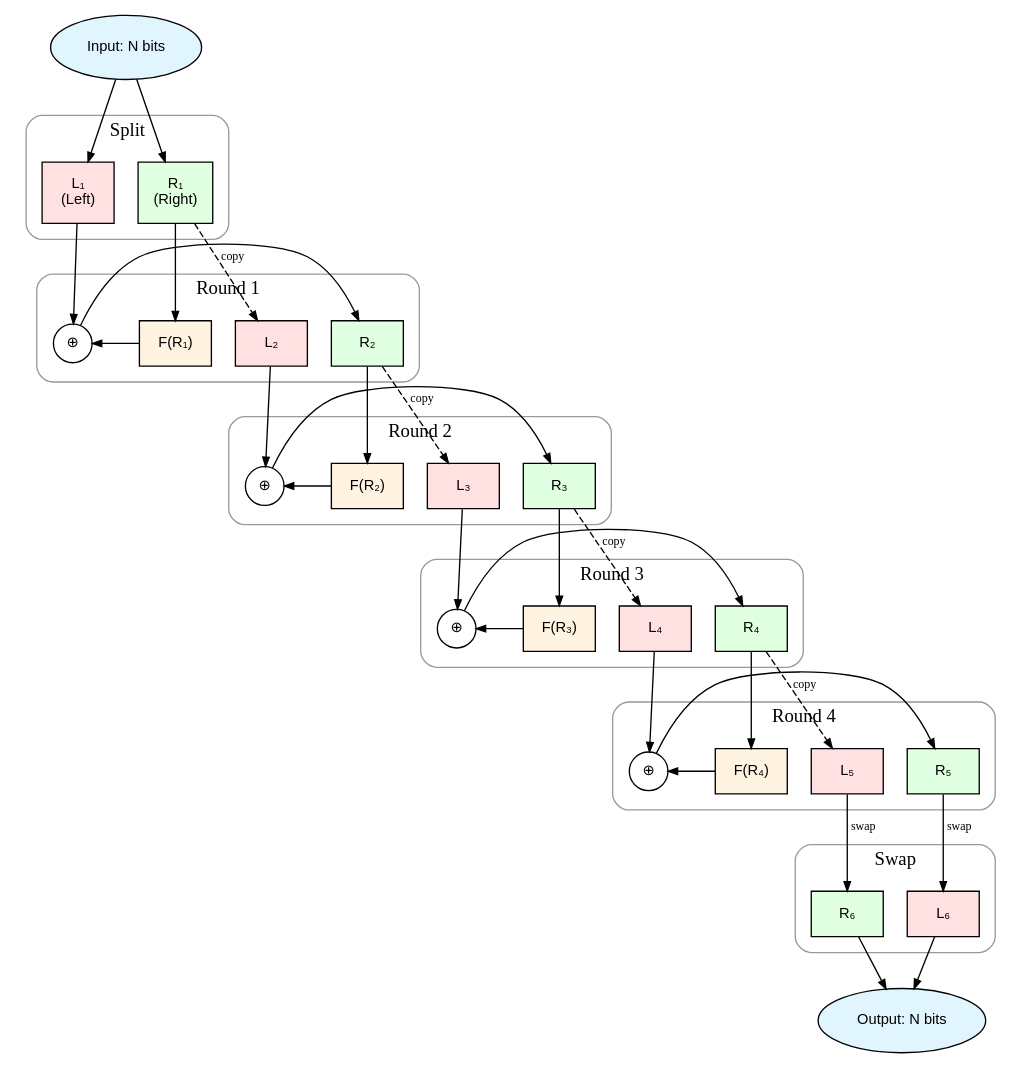
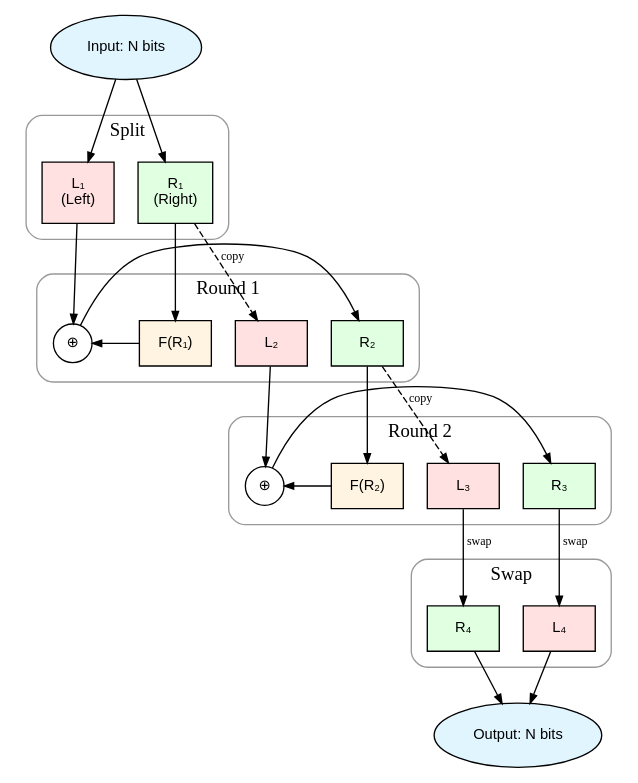
The diagram in assets/feistel-diagram.dot (devall-org/feistel_cipher), drawn with Graphviz before and after one commit. The commit also changed 4 other files, not shown here.

Commit message:
Simplify diagram from 4 rounds to 2 rounds

```diff
--- a/assets/feistel-diagram.dot
+++ b/assets/feistel-diagram.dot
@@ -1,124 +1,84 @@
 digraph feistel {
     rankdir=TB;
     node [shape=box, style=filled, fontname="Arial", fontsize=11, margin=0.15, height=0.4];
     edge [arrowsize=0.7];
     
     // Input
     input [label="Input: N bits", fillcolor="#e1f5ff", shape=ellipse];
     
     // Split
     subgraph cluster_0 {
         label="Split";
         style=rounded;
         color="#999999";
         margin=12;
         L1 [label="L₁\n(Left)", fillcolor="#ffe1e1"];
         R1 [label="R₁\n(Right)", fillcolor="#e1ffe1"];
         {rank=same; L1; R1;}
     }
     
     // Round 1
     subgraph cluster_1 {
         label="Round 1";
         style=rounded;
         color="#999999";
         margin=12;
         L2 [label="L₂", fillcolor="#ffe1e1"];
         F1 [label="F(R₁)", fillcolor="#fff4e1"];
         XOR1 [label="⊕", fillcolor="white", shape=circle, width=0.4, fixedsize=true];
         R2 [label="R₂", fillcolor="#e1ffe1"];
         {rank=same; L2; F1; XOR1; R2;}
     }
     
     // Round 2
     subgraph cluster_2 {
         label="Round 2";
         style=rounded;
         color="#999999";
         margin=12;
         L3 [label="L₃", fillcolor="#ffe1e1"];
         F2 [label="F(R₂)", fillcolor="#fff4e1"];
         XOR2 [label="⊕", fillcolor="white", shape=circle, width=0.4, fixedsize=true];
         R3 [label="R₃", fillcolor="#e1ffe1"];
         {rank=same; L3; F2; XOR2; R3;}
     }
     
-    // Round 3
+    // Swap
     subgraph cluster_3 {
-        label="Round 3";
+        label="Swap";
         style=rounded;
         color="#999999";
         margin=12;
         L4 [label="L₄", fillcolor="#ffe1e1"];
-        F3 [label="F(R₃)", fillcolor="#fff4e1"];
-        XOR3 [label="⊕", fillcolor="white", shape=circle, width=0.4, fixedsize=true];
         R4 [label="R₄", fillcolor="#e1ffe1"];
-        {rank=same; L4; F3; XOR3; R4;}
-    }
-    
-    // Round 4
-    subgraph cluster_4 {
-        label="Round 4";
-        style=rounded;
-        color="#999999";
-        margin=12;
-        L5 [label="L₅", fillcolor="#ffe1e1"];
-        F4 [label="F(R₄)", fillcolor="#fff4e1"];
-        XOR4 [label="⊕", fillcolor="white", shape=circle, width=0.4, fixedsize=true];
-        R5 [label="R₅", fillcolor="#e1ffe1"];
-        {rank=same; L5; F4; XOR4; R5;}
-    }
-    
-    // Swap
-    subgraph cluster_5 {
-        label="Swap";
-        style=rounded;
-        color="#999999";
-        margin=12;
-        L6 [label="L₆", fillcolor="#ffe1e1"];
-        R6 [label="R₆", fillcolor="#e1ffe1"];
-        {rank=same; L6; R6;}
+        {rank=same; L4; R4;}
     }
     
     // Output
     output [label="Output: N bits", fillcolor="#e1f5ff", shape=ellipse];
     
     // Connections
     input -> L1 [weight=2];
     input -> R1 [weight=2];
     
     // Round 1
     L1 -> XOR1;
     R1 -> F1;
     R1 -> L2 [style=dashed, label="copy", fontsize=9];
     F1 -> XOR1;
     XOR1 -> R2;
     
     // Round 2
     L2 -> XOR2;
     R2 -> F2;
     R2 -> L3 [style=dashed, label="copy", fontsize=9];
     F2 -> XOR2;
     XOR2 -> R3;
     
-    // Round 3
-    L3 -> XOR3;
-    R3 -> F3;
-    R3 -> L4 [style=dashed, label="copy", fontsize=9];
-    F3 -> XOR3;
-    XOR3 -> R4;
+    // Swap
+    L3 -> R4 [label="swap", fontsize=9];
+    R3 -> L4 [label="swap", fontsize=9];
     
-    // Round 4
-    L4 -> XOR4;
-    R4 -> F4;
-    R4 -> L5 [style=dashed, label="copy", fontsize=9];
-    F4 -> XOR4;
-    XOR4 -> R5;
-    
-    // Swap
-    L5 -> R6 [label="swap", fontsize=9];
-    R5 -> L6 [label="swap", fontsize=9];
-    
-    L6 -> output [weight=2];
-    R6 -> output [weight=2];
+    L4 -> output [weight=2];
+    R4 -> output [weight=2];
 }
```
